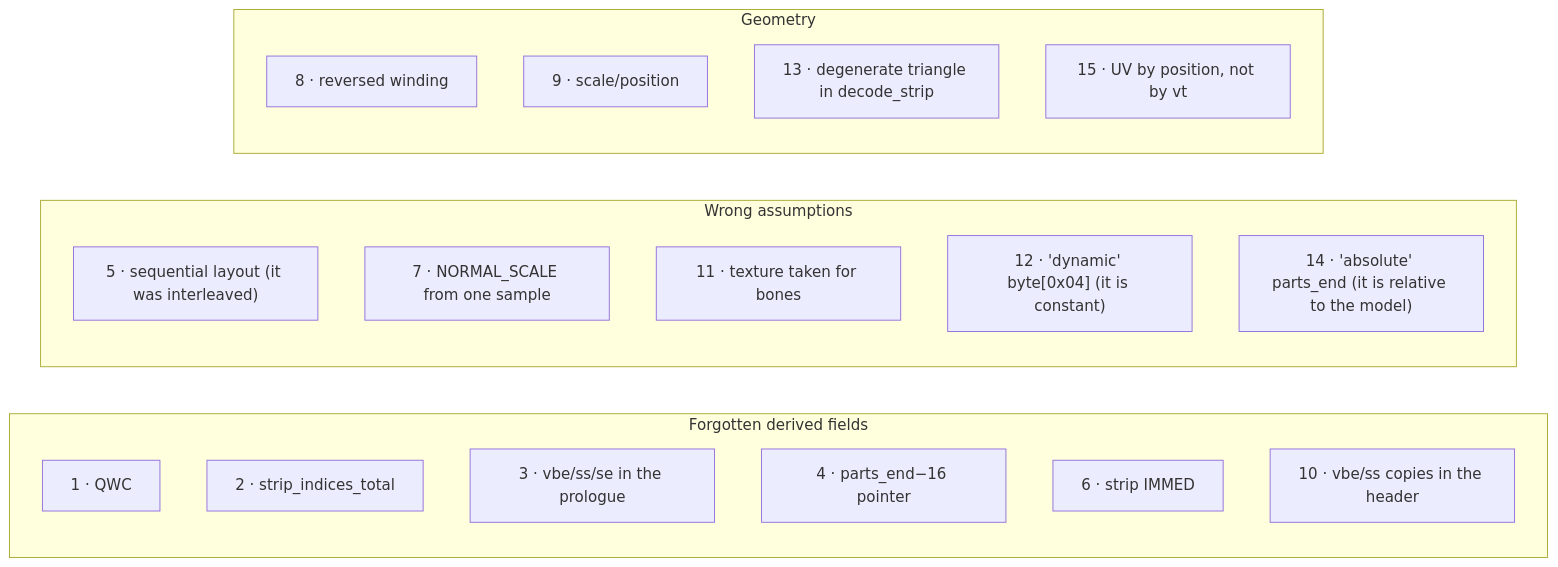
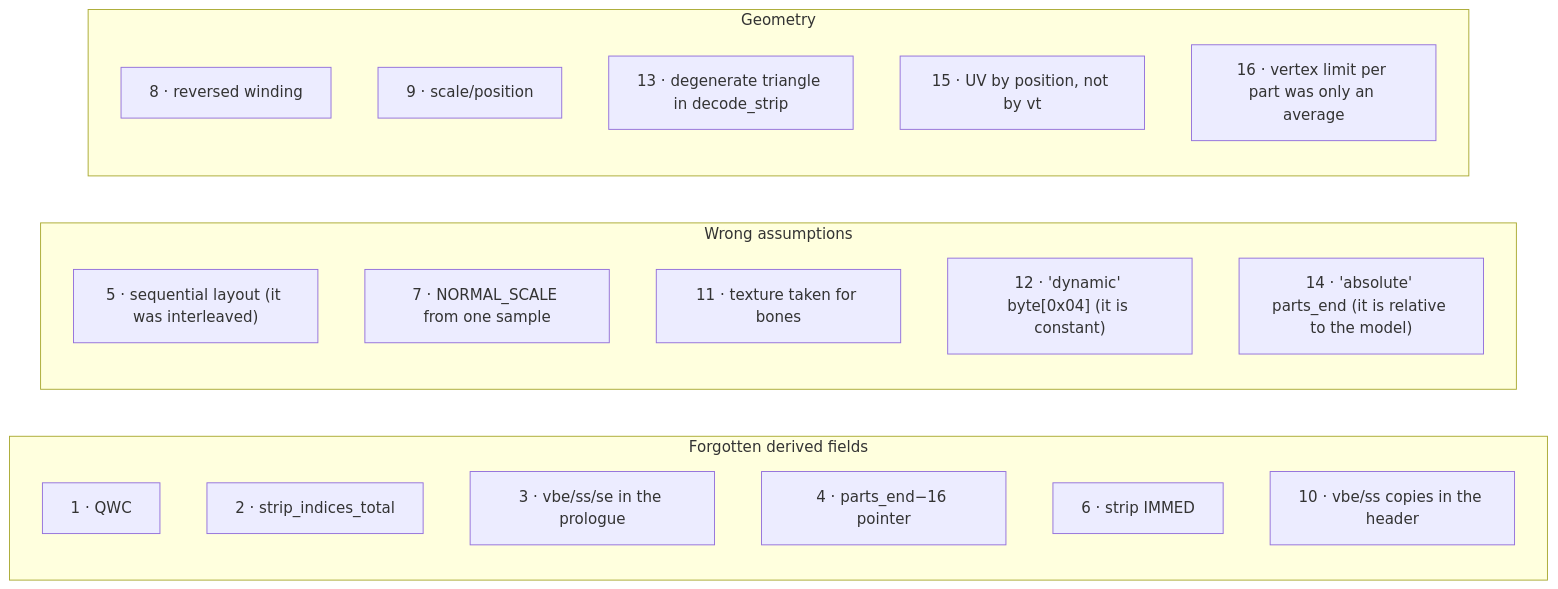
One commit to FVitor7/wepes3d changed the first of 2 diagrams in docs/06-bug-history.md. Above: the diagram before and after it, drawn with Mermaid. The commit also changed other lines of this file and 10 other files, not shown here.

First line of the commit message:
Make the vertex limit per part a hard limit (Bug 16)

````diff
--- a/docs/06-bug-history.md
+++ b/docs/06-bug-history.md
@@ -9,24 +9,25 @@
 ```mermaid
 flowchart LR
     subgraph FIELDS["Forgotten derived fields"]
         B1["1 · QWC"]
         B2["2 · strip_indices_total"]
         B3["3 · vbe/ss/se in the prologue"]
         B4["4 · parts_end−16 pointer"]
         B6["6 · strip IMMED"]
         B10["10 · vbe/ss copies in the header"]
     end
     subgraph ASSUMPTIONS["Wrong assumptions"]
         B5["5 · sequential layout (it was interleaved)"]
         B7["7 · NORMAL_SCALE from one sample"]
         B11["11 · texture taken for bones"]
         B12["12 · 'dynamic' byte[0x04] (it is constant)"]
         B14["14 · 'absolute' parts_end (it is relative to the model)"]
     end
     subgraph GEOM["Geometry"]
         B8["8 · reversed winding"]
         B9["9 · scale/position"]
         B13["13 · degenerate triangle in decode_strip"]
         B15["15 · UV by position, not by vt"]
+        B16["16 · vertex limit per part was only an average"]
     end
 ```
````
